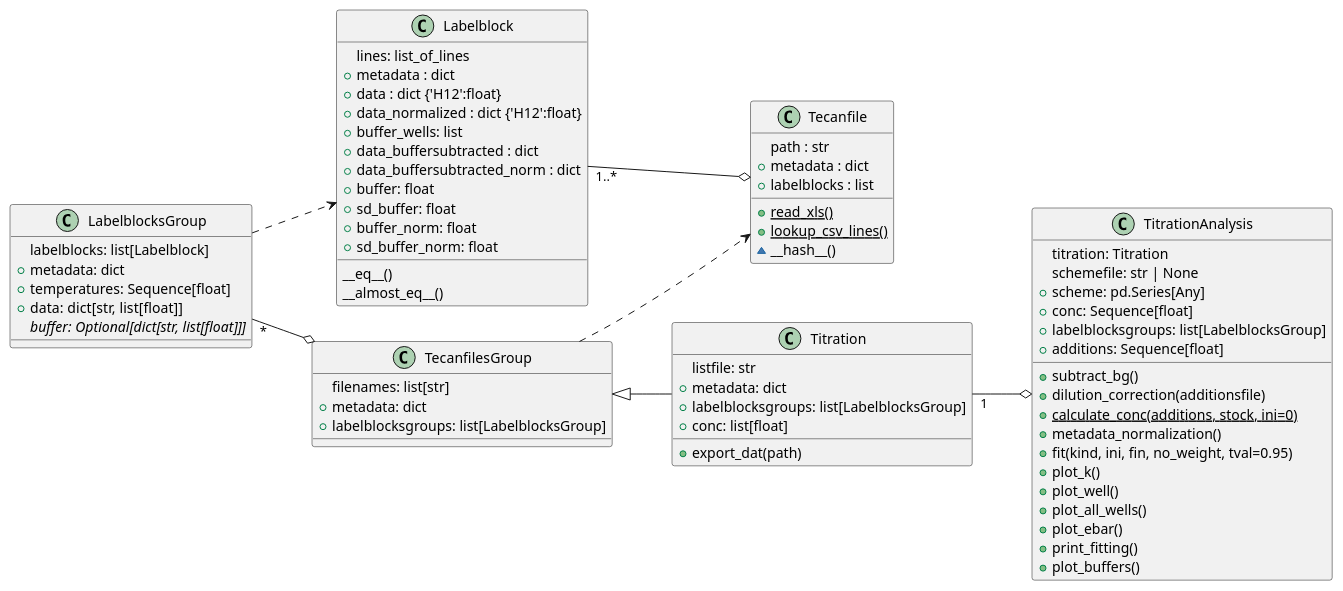
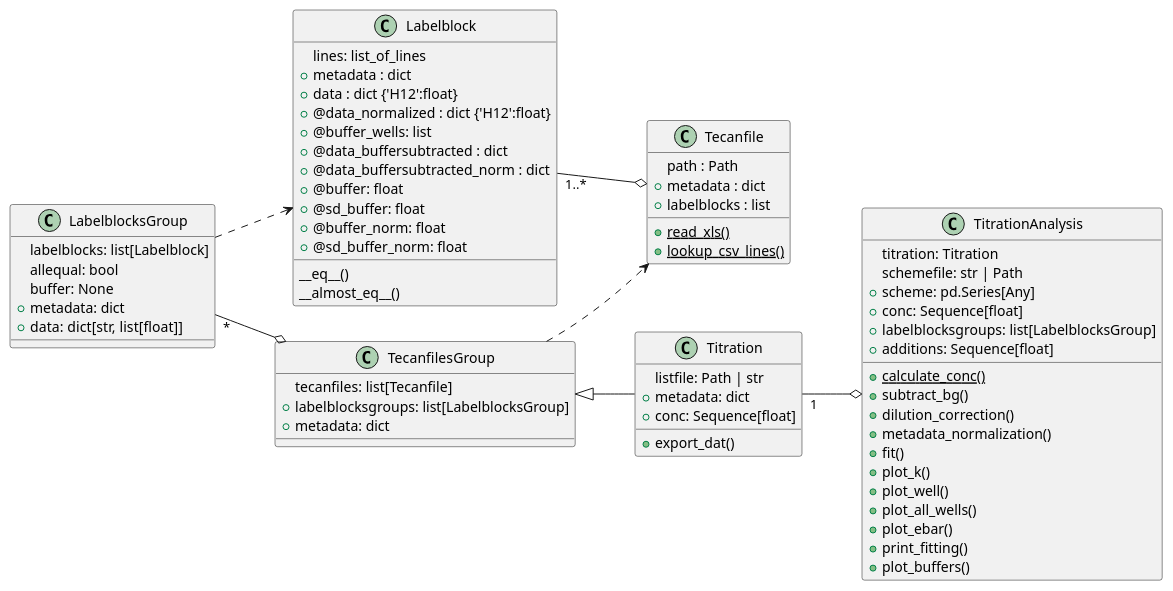
One commit to darosio/ClopHfit changed the diagram in docs/api/prtecan.uml.rst. Above: the diagram before and after it, drawn with PlantUML. The commit also changed 3 other files, not shown here.

```diff
--- a/docs/api/prtecan.uml.rst
+++ b/docs/api/prtecan.uml.rst
@@ -1,79 +1,77 @@
 .. uml::
 
    left to right direction
 
    class Labelblock{
      lines: list_of_lines
      +metadata : dict
      +data : dict {'H12':float}
-     +data_normalized : dict {'H12':float}
-	 +buffer_wells: list
-     +data_buffersubtracted : dict
-     +data_buffersubtracted_norm : dict
-	 +buffer: float
-	 +sd_buffer: float
-	 +buffer_norm: float
-	 +sd_buffer_norm: float
+     +@data_normalized : dict {'H12':float}
+	 +@buffer_wells: list
+     +@data_buffersubtracted : dict
+     +@data_buffersubtracted_norm : dict
+	 +@buffer: float
+	 +@sd_buffer: float
+	 +@buffer_norm: float
+	 +@sd_buffer_norm: float
 	 __eq__()
      __almost_eq__()
    }
 
    Labelblock "1..*" --o Tecanfile
 
    class Tecanfile{
-     path : str
+     path : Path
 	 +metadata : dict
 	 +labelblocks : list
 	 {static} +read_xls()
 	 {static} +lookup_csv_lines()
-	 ~__hash__()
    }
 
    LabelblocksGroup ..> Labelblock
    TecanfilesGroup ..> Tecanfile
 
    LabelblocksGroup "*" --o TecanfilesGroup
    TecanfilesGroup <|-- Titration
    Titration "1" --o TitrationAnalysis
 
    class LabelblocksGroup{
      labelblocks: list[Labelblock]
+	 allequal: bool
+	 buffer: None
 	 +metadata: dict
-	 +temperatures: Sequence[float]
 	 +data: dict[str, list[float]]
-	 {abstract} buffer: Optional[dict[str, list[float]]]
    }
 
    class TecanfilesGroup{
-     filenames: list[str]
+     tecanfiles: list[Tecanfile]
+	 +labelblocksgroups: list[LabelblocksGroup]
 	 +metadata: dict
-	 +labelblocksgroups: list[LabelblocksGroup]
    }
 
    class Titration{
-     listfile: str
+     listfile: Path | str
 	 +metadata: dict
-	 +labelblocksgroups: list[LabelblocksGroup]
-	 +conc: list[float]
-	 +export_dat(path)
+	 +conc: Sequence[float]
+	 +export_dat()
    }
 
    class TitrationAnalysis{
      titration: Titration
-	 schemefile: str | None
+	 schemefile: str | Path
 	 +scheme: pd.Series[Any]
 	 +conc: Sequence[float]
 	 +labelblocksgroups: list[LabelblocksGroup]
 	 +additions: Sequence[float]
+	 {static} +calculate_conc()
 	 +subtract_bg()
-	 +dilution_correction(additionsfile)
-	 {static} +calculate_conc(additions, stock, ini=0)
+	 +dilution_correction()
 	 +metadata_normalization()
-	 +fit(kind, ini, fin, no_weight, tval=0.95)
+	 +fit()
 	 +plot_k()
 	 +plot_well()
 	 +plot_all_wells()
 	 +plot_ebar()
 	 +print_fitting()
 	 +plot_buffers()
    }
```
